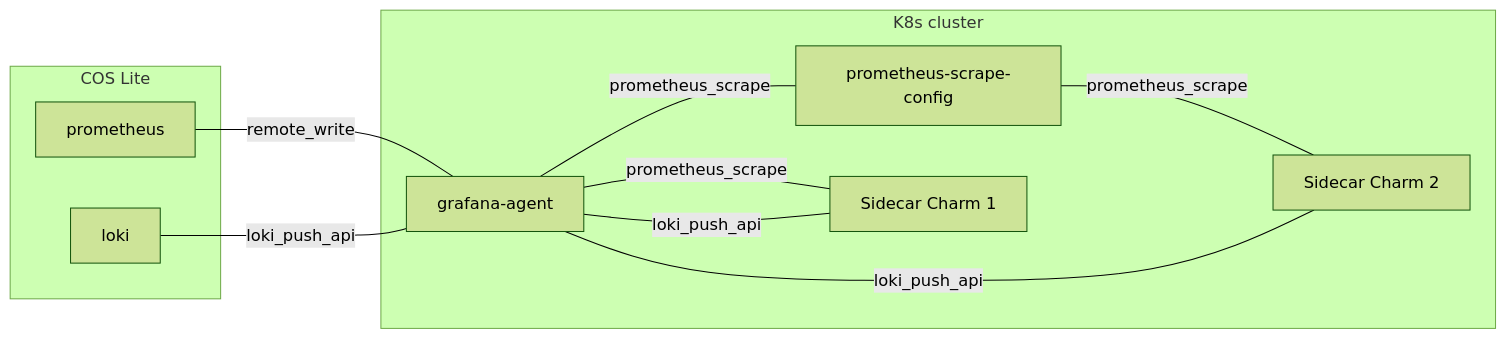
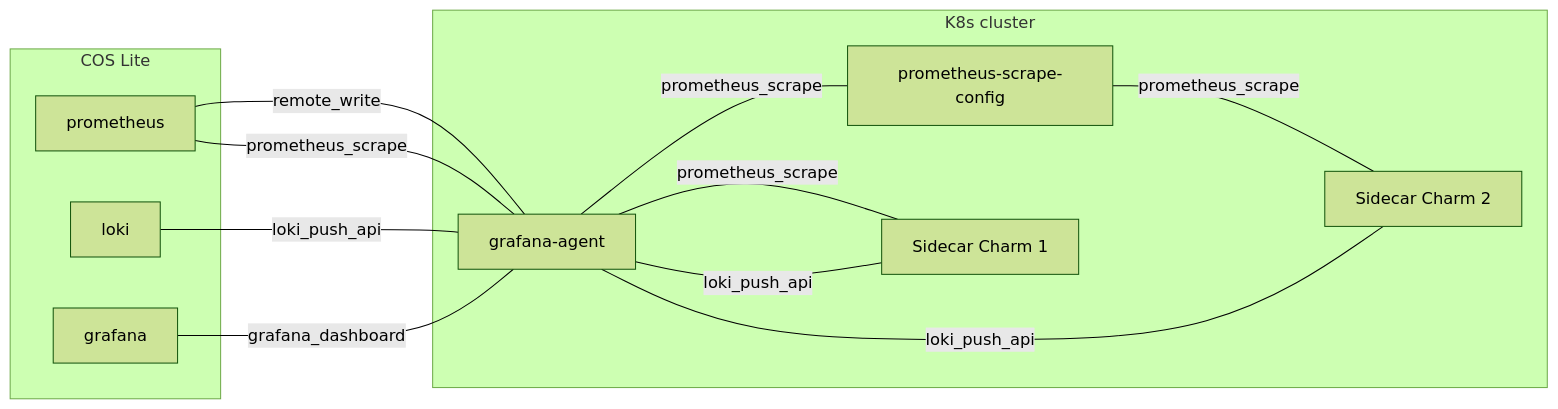
One commit to canonical/grafana-agent-k8s-operator changed the diagram in INTEGRATING.md. Above: the diagram before and after it, drawn with Mermaid (forest theme). The commit also changed other lines of this file and 1 other file, not shown here.

````diff
--- a/INTEGRATING.md
+++ b/INTEGRATING.md
@@ -25,22 +157,25 @@
 ```mermaid
 flowchart LR
     subgraph COS Lite
         prometheus
         loki
+        grafana
     end
     subgraph K8s cluster
         prometheus               ---      |remote_write| grafana-agent
+        prometheus               ---      |prometheus_scrape| grafana-agent
         loki                     ---     |loki_push_api| grafana-agent
+        grafana                  --- |grafana_dashboard| grafana-agent
         grafana-agent            --- |prometheus_scrape| prometheus-scrape-config
 
         grafana-agent            --- |prometheus_scrape| C1[Sidecar Charm 1]
         C1                       ---     |loki_push_api| grafana-agent
 
         prometheus-scrape-config --- |prometheus_scrape| C2[Sidecar Charm 2]
         C2                       ---     |loki_push_api| grafana-agent
     end
 
     click prometheus https://github.com/canonical/prometheus-k8s-operator/
     click loki https://github.com/canonical/loki-k8s-operator/
     click prometheus-scrape-config https://github.com/canonical/prometheus-scrape-config-k8s-operator/
 ```
````
